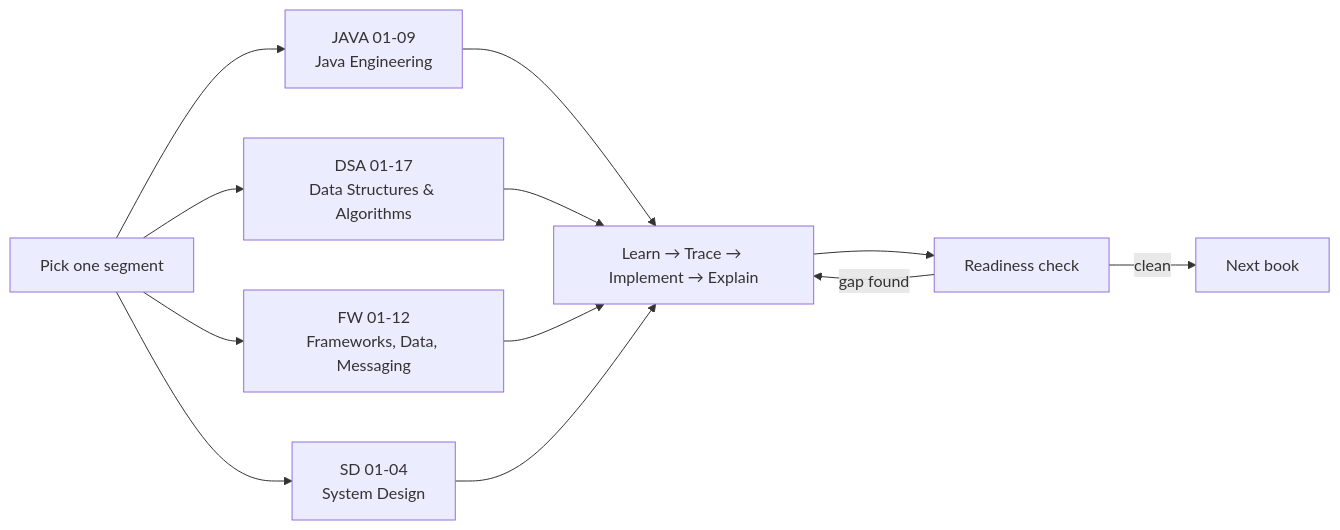
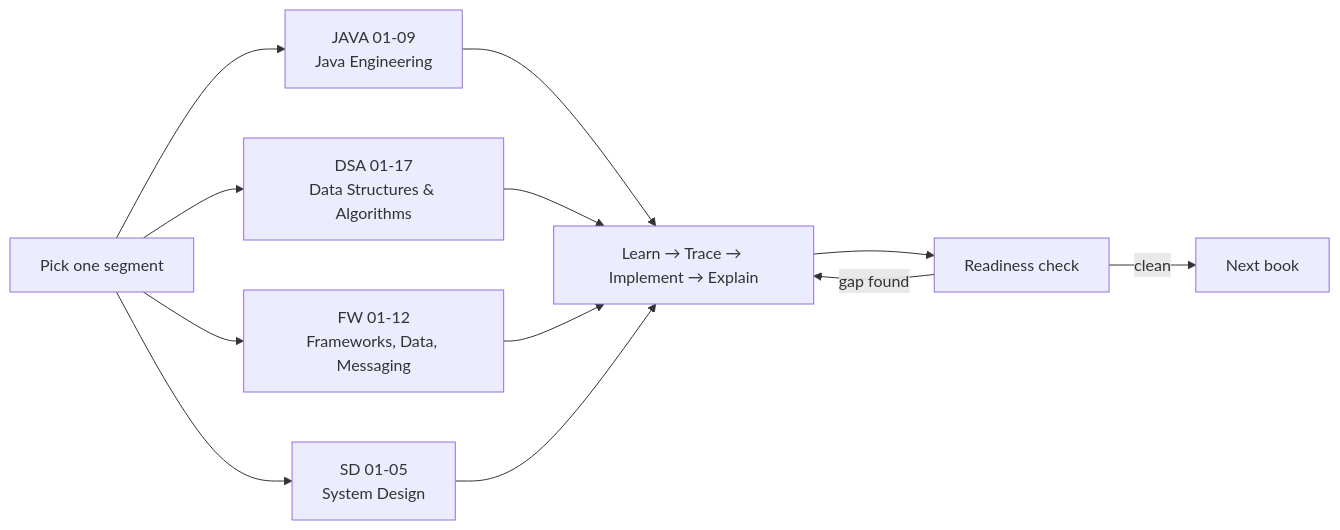
The diagram in README.md (vinayreddykalluri/SDE2-Interview-Handbook), drawn with Mermaid before and after one commit. The commit also changed other lines of this file and 39 other files, not shown here.

````diff
--- a/README.md
+++ b/README.md
@@ -183,14 +185,14 @@
 ```mermaid
 flowchart LR
     Start["Pick one segment"] --> Java["JAVA 01-09<br/>Java Engineering"]
     Start --> DSA["DSA 01-17<br/>Data Structures & Algorithms"]
     Start --> FW["FW 01-12<br/>Frameworks, Data, Messaging"]
-    Start --> SD["SD 01-04<br/>System Design"]
+    Start --> SD["SD 01-05<br/>System Design"]
     Java --> Loop["Learn → Trace → Implement → Explain"]
     DSA --> Loop
     FW --> Loop
     SD --> Loop
     Loop --> Gate["Readiness check"]
     Gate -->|gap found| Loop
     Gate -->|clean| Next["Next book"]
 ```
````
